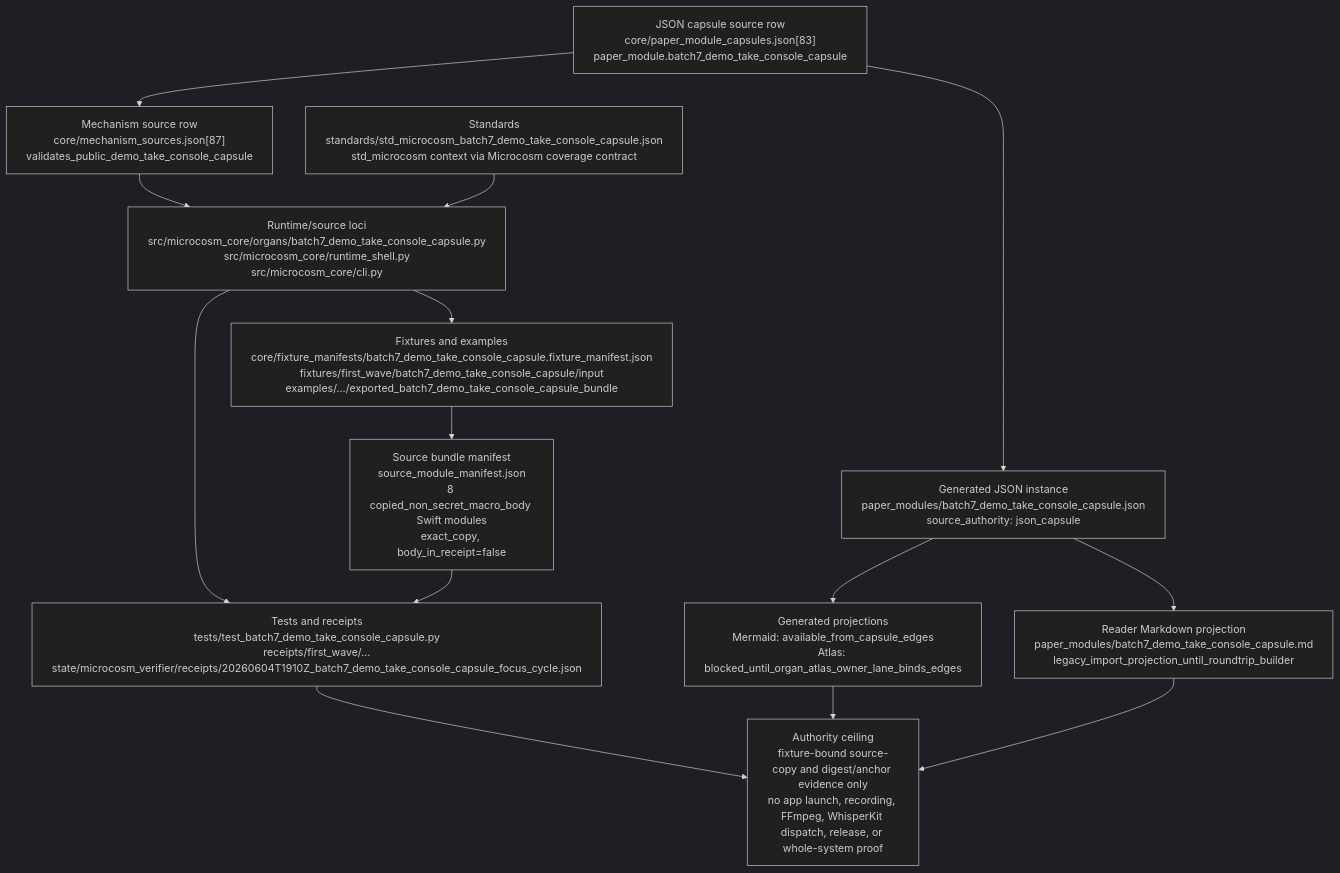
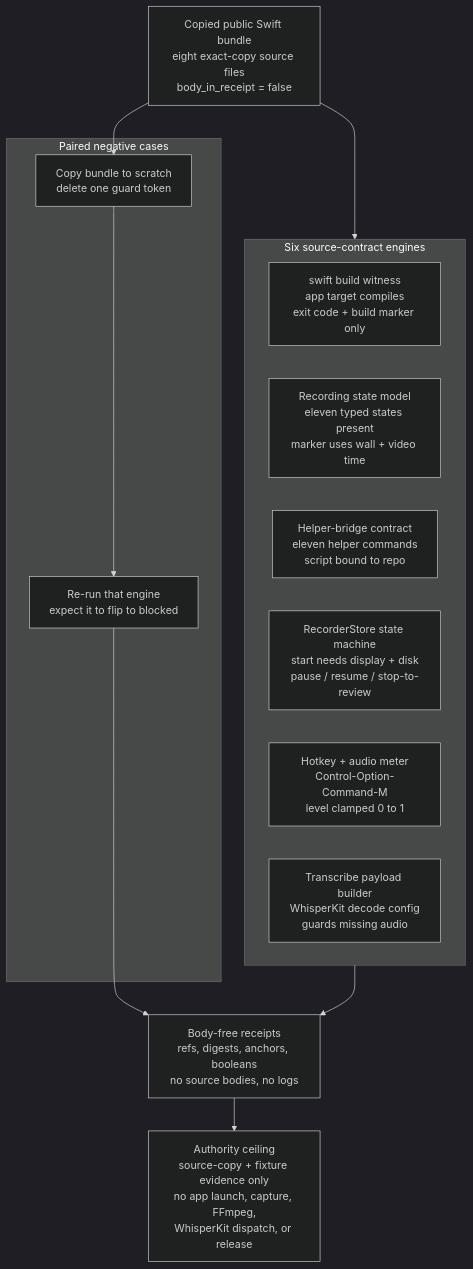
One commit to wcook04/plectis changed the diagram in paper_modules/batch7_demo_take_console_capsule.md. Above: the diagram before and after it, drawn with Mermaid (dark theme). The commit also changed other lines of this file and 90 other files, not shown here.

First line of the commit message:
microcosm: enrich public paper-module prose and Shape diagrams (91 modules)

````diff
--- a/paper_modules/batch7_demo_take_console_capsule.md
+++ b/paper_modules/batch7_demo_take_console_capsule.md
@@ -28,28 +62,28 @@
 ```mermaid
 flowchart TD
-    capsule["JSON capsule source row<br/>core/paper_module_capsules.json[83]<br/>paper_module.batch7_demo_take_console_capsule"]
-    mechanism["Mechanism source row<br/>core/mechanism_sources.json[87]<br/>validates_public_demo_take_console_capsule"]
-    instance["Generated JSON instance<br/>paper_modules/batch7_demo_take_console_capsule.json<br/>source_authority: json_capsule"]
-    markdown["Reader Markdown projection<br/>paper_modules/batch7_demo_take_console_capsule.md<br/>legacy_import_projection_until_roundtrip_builder"]
-    standards["Standards<br/>standards/std_microcosm_batch7_demo_take_console_capsule.json<br/>std_microcosm context via Microcosm coverage contract"]
-    runtime["Runtime/source loci<br/>src/microcosm_core/organs/batch7_demo_take_console_capsule.py<br/>src/microcosm_core/runtime_shell.py<br/>src/microcosm_core/cli.py"]
-    fixtures["Fixtures and examples<br/>core/fixture_manifests/batch7_demo_take_console_capsule.fixture_manifest.json<br/>fixtures/first_wave/batch7_demo_take_console_capsule/input<br/>examples/.../exported_batch7_demo_take_console_capsule_bundle"]
-    bundle["Source bundle manifest<br/>source_module_manifest.json<br/>8 copied_non_secret_macro_body Swift modules<br/>exact_copy, body_in_receipt=false"]
-    tests["Tests and receipts<br/>tests/test_batch7_demo_take_console_capsule.py<br/>receipts/first_wave/...<br/>state/microcosm_verifier/receipts/20260604T1910Z_batch7_demo_take_console_capsule_focus_cycle.json"]
-    projections["Generated projections<br/>Mermaid: available_from_capsule_edges<br/>Atlas: blocked_until_organ_atlas_owner_lane_binds_edges"]
-    ceiling["Authority ceiling<br/>fixture-bound source-copy and digest/anchor evidence only<br/>no app launch, recording, FFmpeg, WhisperKit dispatch, release, or whole-system proof"]
+    bundle["Copied public Swift bundle<br/>eight exact-copy source files<br/>body_in_receipt = false"]
 
-    capsule --> instance
-    capsule --> mechanism
-    mechanism --> runtime
-    instance --> markdown
-    instance --> projections
-    standards --> runtime
-    runtime --> fixtures
-    fixtures --> bundle
-    runtime --> tests
-    bundle --> tests
-    tests --> ceiling
-    projections --> ceiling
-    markdown --> ceiling
+    subgraph Engines["Six source-contract engines"]
+      build["swift build witness<br/>app target compiles<br/>exit code + build marker only"]
+      state["Recording state model<br/>eleven typed states present<br/>marker uses wall + video time"]
+      bridge["Helper-bridge contract<br/>eleven helper commands<br/>script bound to repo"]
+      fsm["RecorderStore state machine<br/>start needs display + disk<br/>pause / resume / stop-to-review"]
+      meter["Hotkey + audio meter<br/>Control-Option-Command-M<br/>level clamped 0 to 1"]
+      transcribe["Transcribe payload builder<br/>WhisperKit decode config<br/>guards missing audio"]
+    end
+
+    subgraph Negatives["Paired negative cases"]
+      mutate["Copy bundle to scratch<br/>delete one guard token"]
+      rerun["Re-run that engine<br/>expect it to flip to blocked"]
+    end
+
+    receipts["Body-free receipts<br/>refs, digests, anchors, booleans<br/>no source bodies, no logs"]
+    ceiling["Authority ceiling<br/>source-copy + fixture evidence only<br/>no app launch, capture, FFmpeg,<br/>WhisperKit dispatch, or release"]
+
+    bundle --> Engines
+    bundle --> mutate
+    mutate --> rerun
+    Engines --> receipts
+    rerun --> receipts
+    receipts --> ceiling
 ```
````
